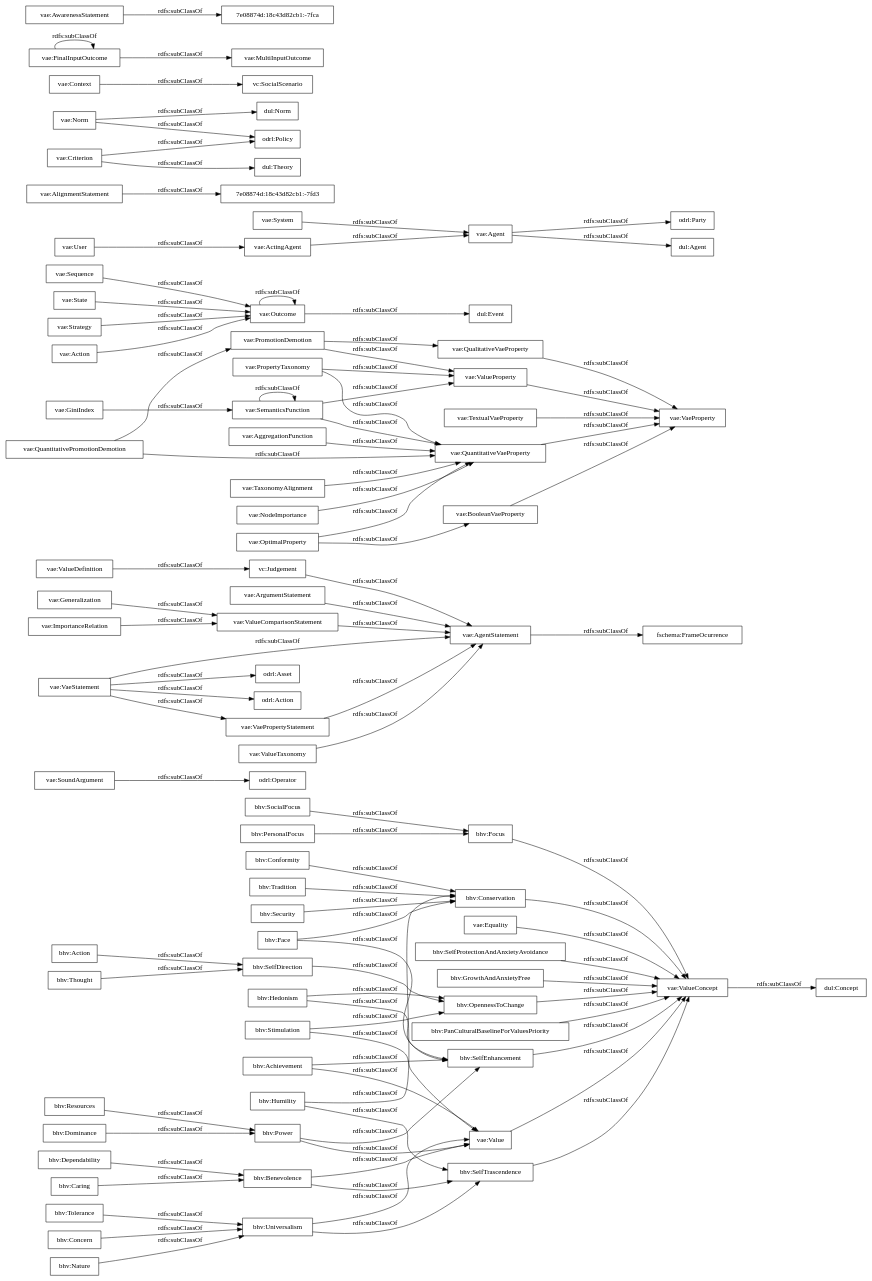
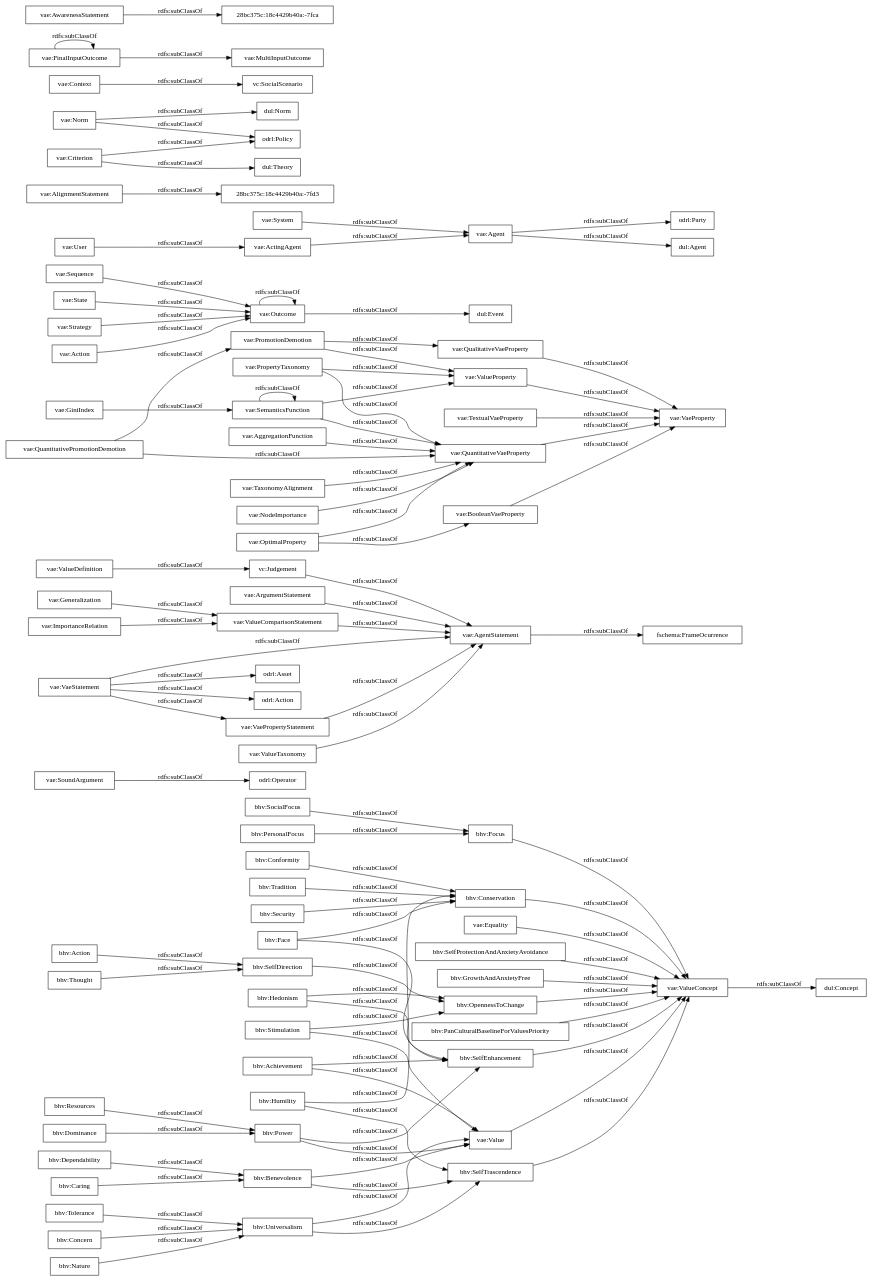
Before and after one commit to andresh26-uam/vae-ontology: the diagram in OnToology/vaeontology-v000.rdf/diagrams/ar2dtool-taxonomy/vaeontology-v000.rdf.png.dot, drawn with Graphviz. The commit also changed 75 other files, not shown here.

```diff
--- a/OnToology/vaeontology-v000.rdf/diagrams/ar2dtool-taxonomy/vaeontology-v000.rdf.png.dot
+++ b/OnToology/vaeontology-v000.rdf/diagrams/ar2dtool-taxonomy/vaeontology-v000.rdf.png.dot
@@ -1,102 +1,102 @@
 digraph ar2dtool_diagram { 
 rankdir=LR;
 size="1000"
-node [shape = rectangle, color="black"]; "bhv:Stimulation" "odrl:Operator" "vae:ValueDefinition" "vae:PropertyTaxonomy" "bhv:Tolerance" "vae:VaeProperty" "vae:QuantitativeVaeProperty" "vae:Sequence" "odrl:Party" "bhv:Tradition" "vae:Equality" "vae:AlignmentStatement" "7e08874d:18c43d82cb1:-7fd3" "bhv:SocialFocus" "dul:Norm" "vae:Context" "bhv:Dominance" "vae:Generalization" "vae:MultiInputOutcome" "vae:TextualVaeProperty" "bhv:Security" "vae:AwarenessStatement" "dul:Agent" "vae:AggregationFunction" "bhv:SelfDirection" "7e08874d:18c43d82cb1:-7fca" "vc:SocialScenario" "vae:System" "vae:AgentStatement" "vae:Outcome" "vae:Value" "odrl:Policy" "dul:Theory" "bhv:SelfProtectionAndAnxietyAvoidance" "vae:Criterion" "fschema:FrameOcurrence" "vae:FinalInputOutcome" "vae:ArgumentStatement" "vae:ValueProperty" "vae:ValueComparisonStatement" "dul:Concept" "bhv:Hedonism" "vae:VaeStatement" "odrl:Asset" "bhv:Concern" "vae:State" "vae:SoundArgument" "vae:ValueConcept" "bhv:GrowthAndAnxietyFree" "bhv:Thought" "bhv:Humility" "vae:QualitativeVaeProperty" "vae:Strategy" "bhv:Focus" "vae:ActingAgent" "bhv:Power" "bhv:Nature" "bhv:Benevolence" "bhv:Achievement" "vae:BooleanVaeProperty" "odrl:Action" "bhv:PanCulturalBaselineForValuesPriority" "vae:ImportanceRelation" "bhv:SelfTrascendence" "vae:Norm" "vae:OptimalProperty" "vae:TaxonomyAlignment" "bhv:Action" "bhv:Caring" "bhv:Resources" "bhv:Face" "vae:ValueTaxonomy" "vae:QuantitativePromotionDemotion" "vae:GiniIndex" "vae:User" "dul:Event" "bhv:Dependability" "bhv:Conformity" "vae:VaePropertyStatement" "bhv:Conservation" "vae:SemanticsFunction" "vae:Agent" "vae:PromotionDemotion" "vae:Action" "vae:NodeImportance" "bhv:Universalism" "vc:Judgement" "bhv:SelfEnhancement" "bhv:OpennessToChange" "bhv:PersonalFocus" ; /*classes style*/
+node [shape = rectangle, color="black"]; "bhv:Stimulation" "odrl:Operator" "vae:ValueDefinition" "vae:PropertyTaxonomy" "bhv:Tolerance" "vae:VaeProperty" "vae:QuantitativeVaeProperty" "vae:Sequence" "odrl:Party" "bhv:Tradition" "vae:Equality" "vae:AlignmentStatement" "bhv:SocialFocus" "dul:Norm" "vae:Context" "bhv:Dominance" "vae:Generalization" "vae:MultiInputOutcome" "vae:TextualVaeProperty" "vae:AwarenessStatement" "bhv:Security" "dul:Agent" "vae:AggregationFunction" "bhv:SelfDirection" "vc:SocialScenario" "vae:System" "vae:AgentStatement" "vae:Outcome" "vae:Value" "odrl:Policy" "dul:Theory" "bhv:SelfProtectionAndAnxietyAvoidance" "vae:Criterion" "fschema:FrameOcurrence" "vae:FinalInputOutcome" "vae:ArgumentStatement" "vae:ValueProperty" "vae:ValueComparisonStatement" "dul:Concept" "bhv:Hedonism" "vae:VaeStatement" "bhv:Concern" "odrl:Asset" "vae:State" "vae:SoundArgument" "vae:ValueConcept" "bhv:GrowthAndAnxietyFree" "bhv:Thought" "bhv:Humility" "vae:QualitativeVaeProperty" "vae:Strategy" "bhv:Focus" "vae:ActingAgent" "bhv:Power" "bhv:Nature" "bhv:Benevolence" "28bc375c:18c4429b40a:-7fca" "bhv:Achievement" "vae:BooleanVaeProperty" "odrl:Action" "bhv:PanCulturalBaselineForValuesPriority" "vae:ImportanceRelation" "bhv:SelfTrascendence" "vae:Norm" "28bc375c:18c4429b40a:-7fd3" "vae:OptimalProperty" "vae:TaxonomyAlignment" "bhv:Action" "bhv:Caring" "bhv:Resources" "bhv:Face" "vae:ValueTaxonomy" "vae:QuantitativePromotionDemotion" "vae:GiniIndex" "vae:User" "dul:Event" "bhv:Dependability" "bhv:Conformity" "vae:VaePropertyStatement" "bhv:Conservation" "vae:SemanticsFunction" "vae:Agent" "vae:PromotionDemotion" "vae:Action" "vae:NodeImportance" "bhv:Universalism" "vc:Judgement" "bhv:SelfEnhancement" "bhv:OpennessToChange" "bhv:PersonalFocus" ; /*classes style*/
 	"vae:GiniIndex" -> "vae:SemanticsFunction" [ label = "rdfs:subClassOf" ];
 	"vae:Strategy" -> "vae:Outcome" [ label = "rdfs:subClassOf" ];
 	"bhv:Face" -> "bhv:SelfEnhancement" [ label = "rdfs:subClassOf" ];
 	"bhv:Face" -> "bhv:Conservation" [ label = "rdfs:subClassOf" ];
 	"bhv:Universalism" -> "bhv:SelfTrascendence" [ label = "rdfs:subClassOf" ];
 	"bhv:Universalism" -> "vae:Value" [ label = "rdfs:subClassOf" ];
 	"bhv:Power" -> "bhv:SelfEnhancement" [ label = "rdfs:subClassOf" ];
 	"bhv:Power" -> "vae:Value" [ label = "rdfs:subClassOf" ];
 	"vae:Outcome" -> "vae:Outcome" [ label = "rdfs:subClassOf" ];
 	"vae:Outcome" -> "dul:Event" [ label = "rdfs:subClassOf" ];
 	"vae:ValueComparisonStatement" -> "vae:AgentStatement" [ label = "rdfs:subClassOf" ];
 	"vae:Sequence" -> "vae:Outcome" [ label = "rdfs:subClassOf" ];
 	"vae:Generalization" -> "vae:ValueComparisonStatement" [ label = "rdfs:subClassOf" ];
 	"vae:OptimalProperty" -> "vae:QuantitativeVaeProperty" [ label = "rdfs:subClassOf" ];
 	"vae:OptimalProperty" -> "vae:BooleanVaeProperty" [ label = "rdfs:subClassOf" ];
 	"vae:SemanticsFunction" -> "vae:ValueProperty" [ label = "rdfs:subClassOf" ];
 	"vae:SemanticsFunction" -> "vae:SemanticsFunction" [ label = "rdfs:subClassOf" ];
 	"vae:SemanticsFunction" -> "vae:QuantitativeVaeProperty" [ label = "rdfs:subClassOf" ];
 	"bhv:OpennessToChange" -> "vae:ValueConcept" [ label = "rdfs:subClassOf" ];
 	"vae:AgentStatement" -> "fschema:FrameOcurrence" [ label = "rdfs:subClassOf" ];
 	"vae:BooleanVaeProperty" -> "vae:VaeProperty" [ label = "rdfs:subClassOf" ];
 	"vae:Norm" -> "odrl:Policy" [ label = "rdfs:subClassOf" ];
 	"vae:Norm" -> "dul:Norm" [ label = "rdfs:subClassOf" ];
 	"bhv:Tolerance" -> "bhv:Universalism" [ label = "rdfs:subClassOf" ];
 	"bhv:Tradition" -> "bhv:Conservation" [ label = "rdfs:subClassOf" ];
 	"vae:ValueTaxonomy" -> "vae:AgentStatement" [ label = "rdfs:subClassOf" ];
 	"bhv:Nature" -> "bhv:Universalism" [ label = "rdfs:subClassOf" ];
 	"bhv:SelfTrascendence" -> "vae:ValueConcept" [ label = "rdfs:subClassOf" ];
 	"vae:VaeStatement" -> "vae:VaePropertyStatement" [ label = "rdfs:subClassOf" ];
 	"vae:VaeStatement" -> "vae:AgentStatement" [ label = "rdfs:subClassOf" ];
 	"vae:VaeStatement" -> "odrl:Asset" [ label = "rdfs:subClassOf" ];
 	"vae:VaeStatement" -> "odrl:Action" [ label = "rdfs:subClassOf" ];
 	"bhv:Resources" -> "bhv:Power" [ label = "rdfs:subClassOf" ];
 	"bhv:SocialFocus" -> "bhv:Focus" [ label = "rdfs:subClassOf" ];
 	"vae:Context" -> "vc:SocialScenario" [ label = "rdfs:subClassOf" ];
 	"bhv:Focus" -> "vae:ValueConcept" [ label = "rdfs:subClassOf" ];
 	"vae:Equality" -> "vae:ValueConcept" [ label = "rdfs:subClassOf" ];
 	"bhv:SelfEnhancement" -> "vae:ValueConcept" [ label = "rdfs:subClassOf" ];
 	"bhv:Benevolence" -> "bhv:SelfTrascendence" [ label = "rdfs:subClassOf" ];
 	"bhv:Benevolence" -> "vae:Value" [ label = "rdfs:subClassOf" ];
 	"bhv:Caring" -> "bhv:Benevolence" [ label = "rdfs:subClassOf" ];
 	"bhv:Concern" -> "bhv:Universalism" [ label = "rdfs:subClassOf" ];
 	"vae:Criterion" -> "odrl:Policy" [ label = "rdfs:subClassOf" ];
 	"vae:Criterion" -> "dul:Theory" [ label = "rdfs:subClassOf" ];
 	"vae:PromotionDemotion" -> "vae:ValueProperty" [ label = "rdfs:subClassOf" ];
 	"vae:PromotionDemotion" -> "vae:QualitativeVaeProperty" [ label = "rdfs:subClassOf" ];
 	"bhv:Achievement" -> "bhv:SelfEnhancement" [ label = "rdfs:subClassOf" ];
 	"bhv:Achievement" -> "vae:Value" [ label = "rdfs:subClassOf" ];
 	"bhv:GrowthAndAnxietyFree" -> "vae:ValueConcept" [ label = "rdfs:subClassOf" ];
 	"vae:System" -> "vae:Agent" [ label = "rdfs:subClassOf" ];
 	"vae:ArgumentStatement" -> "vae:AgentStatement" [ label = "rdfs:subClassOf" ];
 	"vae:ValueProperty" -> "vae:VaeProperty" [ label = "rdfs:subClassOf" ];
 	"bhv:Action" -> "bhv:SelfDirection" [ label = "rdfs:subClassOf" ];
 	"vae:NodeImportance" -> "vae:QuantitativeVaeProperty" [ label = "rdfs:subClassOf" ];
 	"vae:PropertyTaxonomy" -> "vae:ValueProperty" [ label = "rdfs:subClassOf" ];
 	"vae:PropertyTaxonomy" -> "vae:QuantitativeVaeProperty" [ label = "rdfs:subClassOf" ];
 	"vae:State" -> "vae:Outcome" [ label = "rdfs:subClassOf" ];
 	"bhv:Conservation" -> "vae:ValueConcept" [ label = "rdfs:subClassOf" ];
 	"vae:VaePropertyStatement" -> "vae:AgentStatement" [ label = "rdfs:subClassOf" ];
 	"vae:User" -> "vae:ActingAgent" [ label = "rdfs:subClassOf" ];
 	"vae:SoundArgument" -> "odrl:Operator" [ label = "rdfs:subClassOf" ];
 	"bhv:Security" -> "bhv:Conservation" [ label = "rdfs:subClassOf" ];
 	"bhv:Conformity" -> "bhv:Conservation" [ label = "rdfs:subClassOf" ];
 	"vc:Judgement" -> "vae:AgentStatement" [ label = "rdfs:subClassOf" ];
 	"bhv:Thought" -> "bhv:SelfDirection" [ label = "rdfs:subClassOf" ];
 	"vae:FinalInputOutcome" -> "vae:MultiInputOutcome" [ label = "rdfs:subClassOf" ];
 	"vae:FinalInputOutcome" -> "vae:FinalInputOutcome" [ label = "rdfs:subClassOf" ];
 	"bhv:SelfProtectionAndAnxietyAvoidance" -> "vae:ValueConcept" [ label = "rdfs:subClassOf" ];
 	"vae:ValueDefinition" -> "vc:Judgement" [ label = "rdfs:subClassOf" ];
 	"vae:TaxonomyAlignment" -> "vae:QuantitativeVaeProperty" [ label = "rdfs:subClassOf" ];
 	"bhv:Stimulation" -> "bhv:OpennessToChange" [ label = "rdfs:subClassOf" ];
 	"bhv:Stimulation" -> "vae:Value" [ label = "rdfs:subClassOf" ];
 	"vae:TextualVaeProperty" -> "vae:VaeProperty" [ label = "rdfs:subClassOf" ];
 	"vae:Action" -> "vae:Outcome" [ label = "rdfs:subClassOf" ];
 	"vae:AggregationFunction" -> "vae:QuantitativeVaeProperty" [ label = "rdfs:subClassOf" ];
-	"vae:AwarenessStatement" -> "7e08874d:18c43d82cb1:-7fca" [ label = "rdfs:subClassOf" ];
+	"vae:AwarenessStatement" -> "28bc375c:18c4429b40a:-7fca" [ label = "rdfs:subClassOf" ];
 	"bhv:Dominance" -> "bhv:Power" [ label = "rdfs:subClassOf" ];
 	"vae:QualitativeVaeProperty" -> "vae:VaeProperty" [ label = "rdfs:subClassOf" ];
 	"vae:Agent" -> "odrl:Party" [ label = "rdfs:subClassOf" ];
 	"vae:Agent" -> "dul:Agent" [ label = "rdfs:subClassOf" ];
 	"bhv:PanCulturalBaselineForValuesPriority" -> "vae:ValueConcept" [ label = "rdfs:subClassOf" ];
 	"vae:Value" -> "vae:ValueConcept" [ label = "rdfs:subClassOf" ];
 	"vae:QuantitativeVaeProperty" -> "vae:VaeProperty" [ label = "rdfs:subClassOf" ];
 	"vae:QuantitativePromotionDemotion" -> "vae:QuantitativeVaeProperty" [ label = "rdfs:subClassOf" ];
 	"vae:QuantitativePromotionDemotion" -> "vae:PromotionDemotion" [ label = "rdfs:subClassOf" ];
 	"bhv:Dependability" -> "bhv:Benevolence" [ label = "rdfs:subClassOf" ];
 	"vae:ImportanceRelation" -> "vae:ValueComparisonStatement" [ label = "rdfs:subClassOf" ];
 	"vae:ValueConcept" -> "dul:Concept" [ label = "rdfs:subClassOf" ];
 	"bhv:Hedonism" -> "bhv:SelfEnhancement" [ label = "rdfs:subClassOf" ];
 	"bhv:Hedonism" -> "bhv:OpennessToChange" [ label = "rdfs:subClassOf" ];
 	"bhv:PersonalFocus" -> "bhv:Focus" [ label = "rdfs:subClassOf" ];
 	"bhv:SelfDirection" -> "bhv:OpennessToChange" [ label = "rdfs:subClassOf" ];
-	"vae:AlignmentStatement" -> "7e08874d:18c43d82cb1:-7fd3" [ label = "rdfs:subClassOf" ];
+	"vae:AlignmentStatement" -> "28bc375c:18c4429b40a:-7fd3" [ label = "rdfs:subClassOf" ];
 	"vae:ActingAgent" -> "vae:Agent" [ label = "rdfs:subClassOf" ];
 	"bhv:Humility" -> "bhv:SelfTrascendence" [ label = "rdfs:subClassOf" ];
 	"bhv:Humility" -> "bhv:Conservation" [ label = "rdfs:subClassOf" ];
 
 }
```
